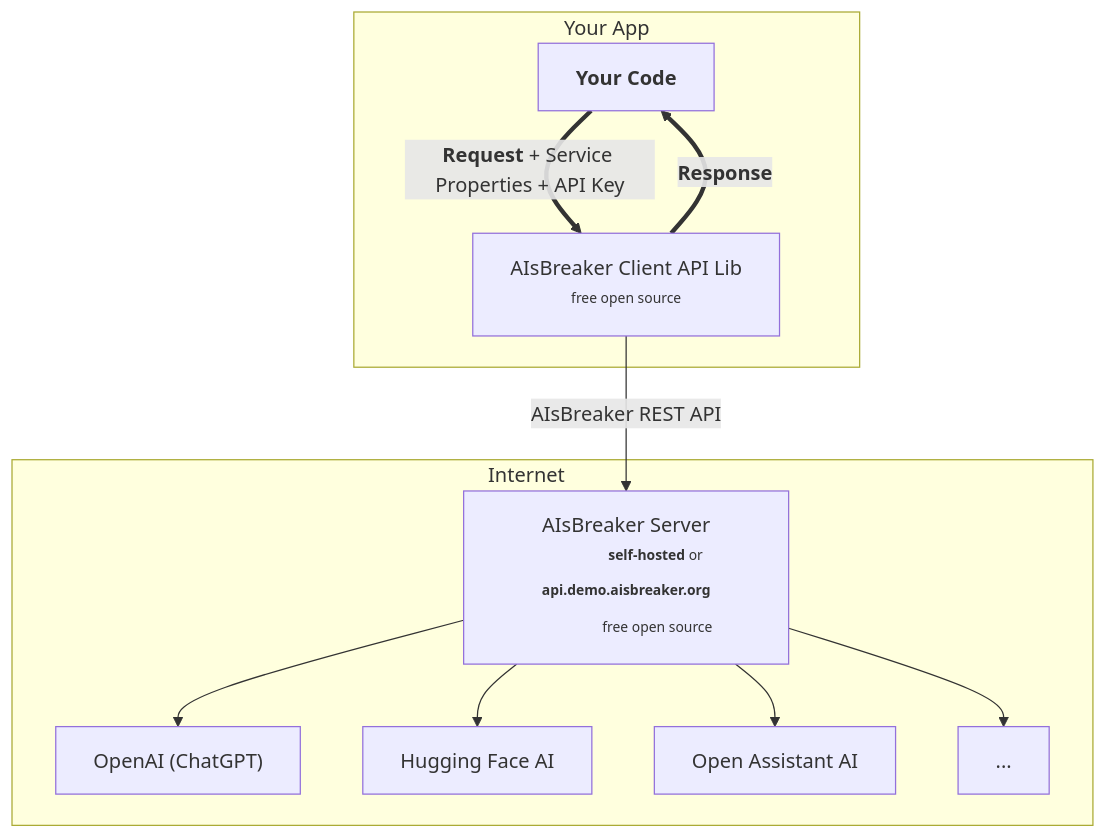
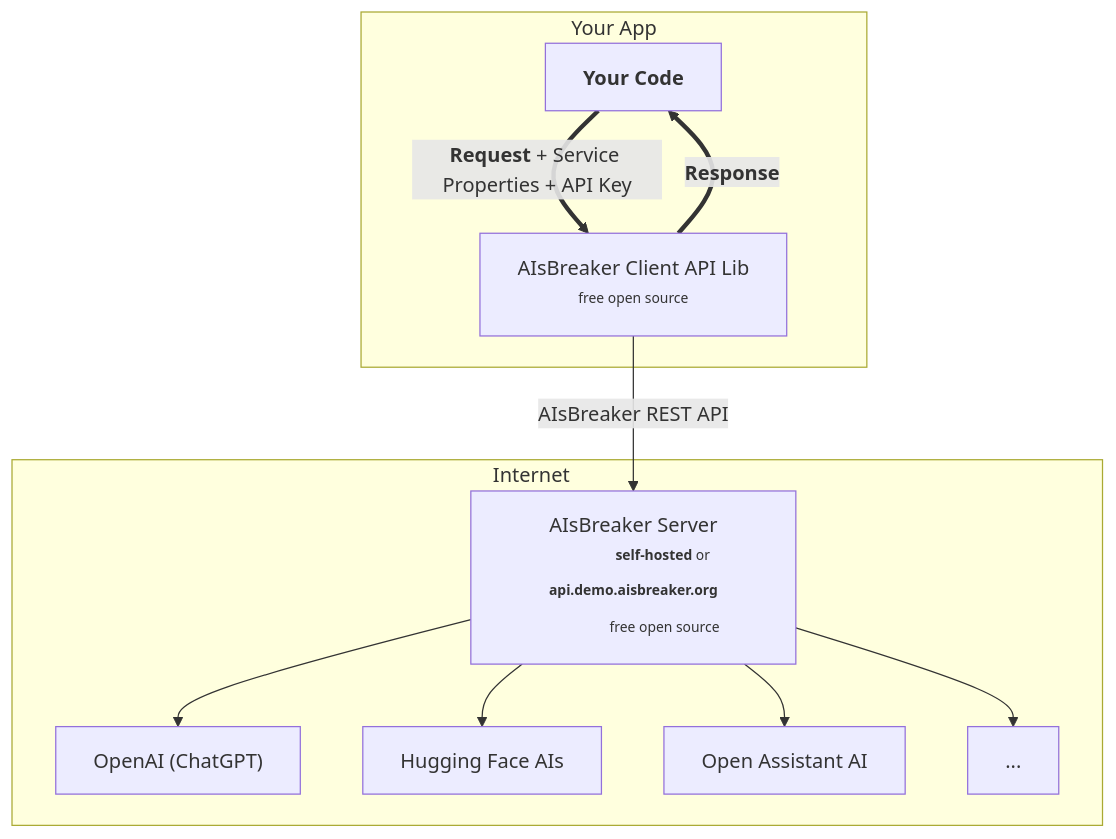
One commit to aisbreaker/aisbreaker.org changed the second of 3 diagrams in site/docs/architecture.md. Above: the diagram before and after it, drawn with Mermaid. The commit also changed other lines of this file and 7 other files, not shown here.

````diff
--- a/site/docs/architecture.md
+++ b/site/docs/architecture.md
@@ -17,20 +34,20 @@
 ```mermaid
 graph TD
   subgraph client[Your App]
     App["<b>Your Code</b>"]
     Lib["AIsBreaker Client API Lib
          <sub><sup>free open source</sup></sub>"]
     App ==<b>Request</b> + Service Properties + API Key==> Lib
     Lib ==<b>Response</b>==> App
   end
   Lib --AIsBreaker REST API--> Server
   subgraph internet["Internet&nbsp;&nbsp;&nbsp;&nbsp;&nbsp;&nbsp;&nbsp;&nbsp;&nbsp;&nbsp;"]
     Server["AIsBreaker Server
             <sub><sup><b>self-hosted</b> or <b>api.demo.aisbreaker.org</b></sup></sub>
             <sub><sup>free open source</sup></sub>"]
     Server --> AI1["OpenAI (ChatGPT)"]
-    Server --> AI2["Hugging Face AI"]
+    Server --> AI2["Hugging Face AIs"]
     Server --> AI3["Open Assistant AI"]
     Server --> AI4["..."]
   end
 ```
````
